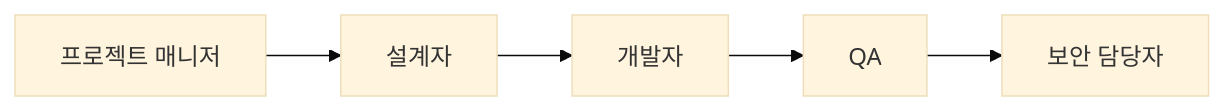
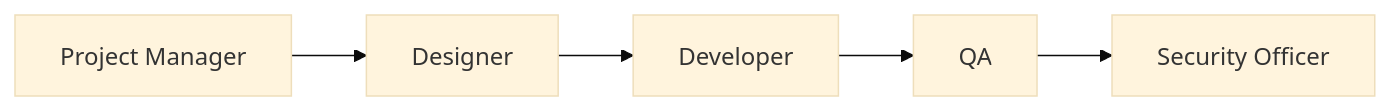
One commit to devfloor9/engineering-playbook changed the first of 5 diagrams in docs/aidlc/enterprise/role-composition.md. Above: the diagram before and after it, drawn with Mermaid (base theme). The commit also changed other lines of this file and 954 other files, not shown here.

````diff
--- a/docs/aidlc/enterprise/role-composition.md
+++ b/docs/aidlc/enterprise/role-composition.md
@@ -23,7 +23,7 @@
 ```mermaid
 graph LR
-    PM[프로젝트 매니저] --> 설계[설계자]
-    설계 --> 개발[개발자]
-    개발 --> QA[QA]
-    QA --> 보안[보안 담당자]
+    PM[Project Manager] --> Design[Designer]
+    Design --> Dev[Developer]
+    Dev --> QA[QA]
+    QA --> Security[Security Officer]
 ```
````
